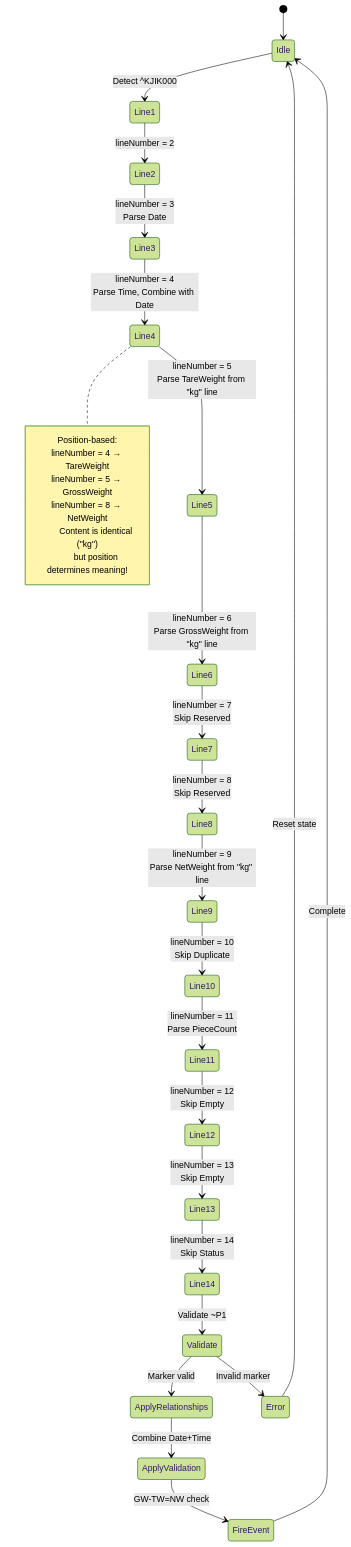
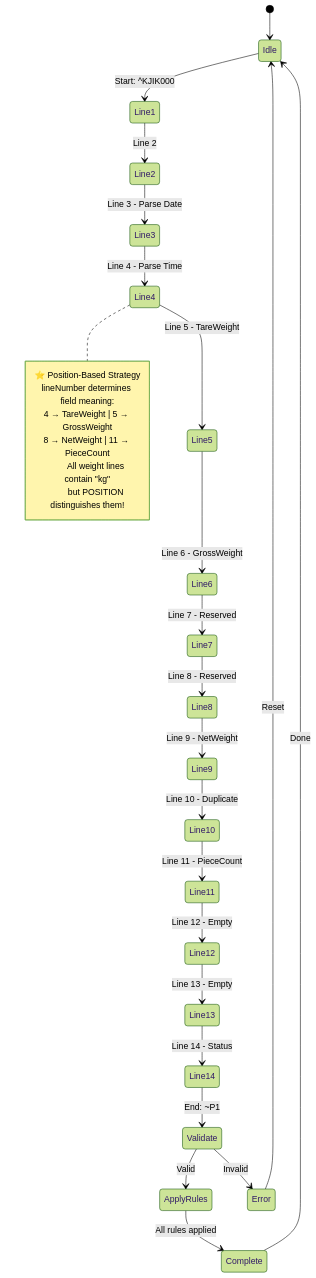
Before and after one commit to chumpon-asaneerat/NSerialCommTools: the seventh of 8 diagrams in Documents/ModernDesign/03-Parsing-Strategy-Analysis.md, drawn with Mermaid (forest theme). The commit also changed other lines of this file and 1 other file, not shown here.

````diff
--- a/Documents/ModernDesign/03-Parsing-Strategy-Analysis.md
+++ b/Documents/ModernDesign/03-Parsing-Strategy-Analysis.md
@@ -1191,39 +1216,38 @@
 ```mermaid
 stateDiagram-v2
     [*] --> Idle
 
-    Idle --> Line1 : Detect ^KJIK000
+    Idle --> Line1 : Start: ^KJIK000
 
-    Line1 --> Line2 : lineNumber = 2
-    Line2 --> Line3 : lineNumber = 3<br/>Parse Date
-    Line3 --> Line4 : lineNumber = 4<br/>Parse Time, Combine with Date
-    Line4 --> Line5 : lineNumber = 5<br/>Parse TareWeight from "kg" line
-    Line5 --> Line6 : lineNumber = 6<br/>Parse GrossWeight from "kg" line
-    Line6 --> Line7 : lineNumber = 7<br/>Skip Reserved
-    Line7 --> Line8 : lineNumber = 8<br/>Skip Reserved
-    Line8 --> Line9 : lineNumber = 9<br/>Parse NetWeight from "kg" line
-    Line9 --> Line10 : lineNumber = 10<br/>Skip Duplicate
-    Line10 --> Line11 : lineNumber = 11<br/>Parse PieceCount
-    Line11 --> Line12 : lineNumber = 12<br/>Skip Empty
-    Line12 --> Line13 : lineNumber = 13<br/>Skip Empty
-    Line13 --> Line14 : lineNumber = 14<br/>Skip Status
-    Line14 --> Validate : Validate ~P1
+    Line1 --> Line2 : Line 2
+    Line2 --> Line3 : Line 3 - Parse Date
+    Line3 --> Line4 : Line 4 - Parse Time
+    Line4 --> Line5 : Line 5 - TareWeight
+    Line5 --> Line6 : Line 6 - GrossWeight
+    Line6 --> Line7 : Line 7 - Reserved
+    Line7 --> Line8 : Line 8 - Reserved
+    Line8 --> Line9 : Line 9 - NetWeight
+    Line9 --> Line10 : Line 10 - Duplicate
+    Line10 --> Line11 : Line 11 - PieceCount
+    Line11 --> Line12 : Line 12 - Empty
+    Line12 --> Line13 : Line 13 - Empty
+    Line13 --> Line14 : Line 14 - Status
+    Line14 --> Validate : End: ~P1
 
-    Validate --> ApplyRelationships : Marker valid
-    ApplyRelationships --> ApplyValidation : Combine Date+Time
-    ApplyValidation --> FireEvent : GW-TW=NW check
-    FireEvent --> Idle : Complete
+    Validate --> ApplyRules : Valid
+    ApplyRules --> Complete : All rules applied
+    Complete --> Idle : Done
 
-    Validate --> Error : Invalid marker
-    Error --> Idle : Reset state
+    Validate --> Error : Invalid
+    Error --> Idle : Reset
 
     note right of Line4
-        Position-based:
-        lineNumber = 4 → TareWeight
-        lineNumber = 5 → GrossWeight
-        lineNumber = 8 → NetWeight
+        ⭐ Position-Based Strategy
+        lineNumber determines field meaning:
+        4 → TareWeight | 5 → GrossWeight
+        8 → NetWeight | 11 → PieceCount
 
-        Content is identical ("kg")
-        but position determines meaning!
+        All weight lines contain "kg"
+        but POSITION distinguishes them!
     end note
 ```
````
